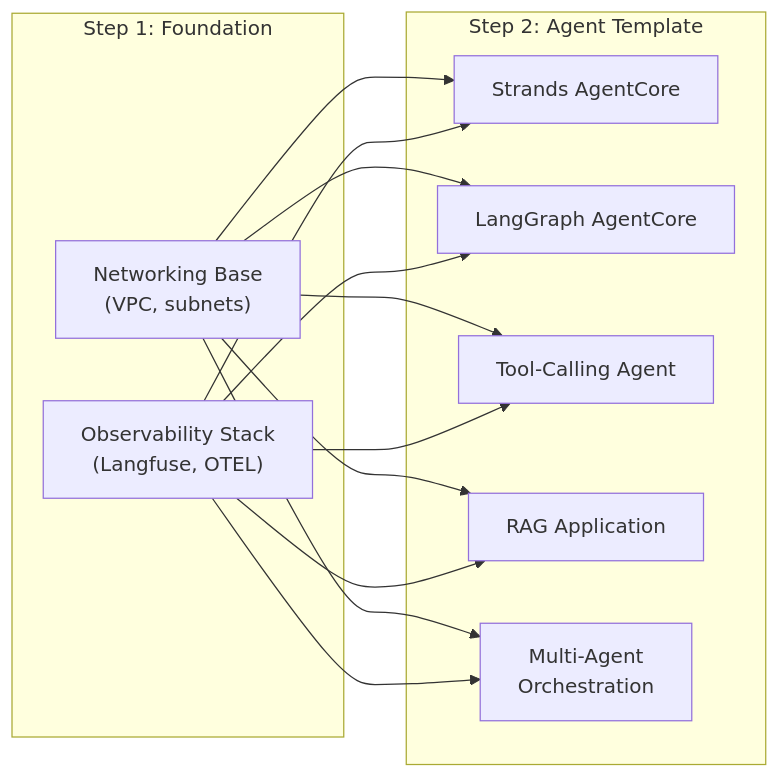
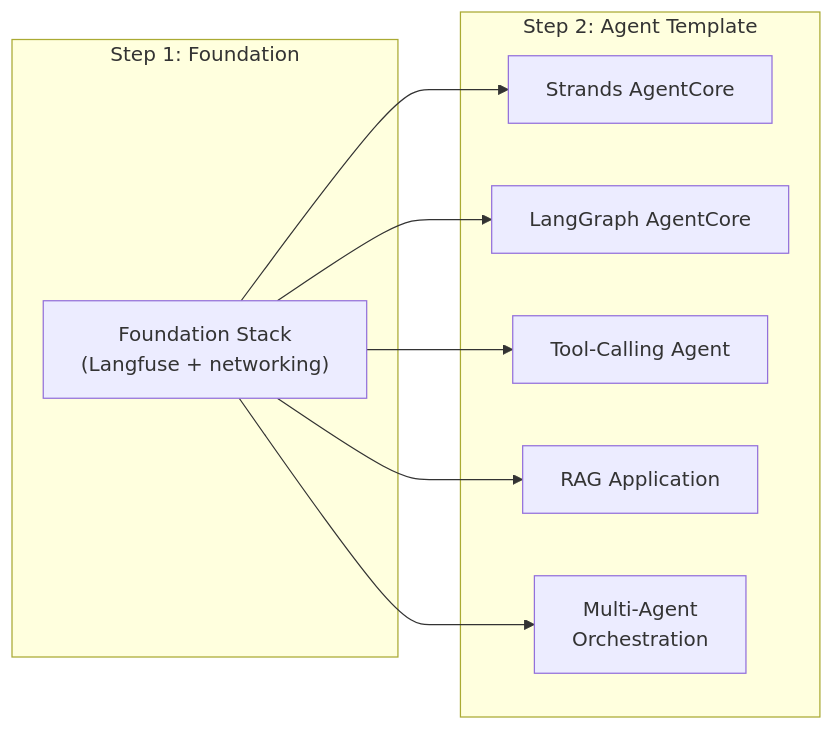
The diagram in platform/docs/templates/README.md (cevoaustralia/sample-agentic-value-accelerator), drawn with Mermaid before and after one commit. The commit also changed other lines of this file and 12 other files, not shown here.

First line of the commit message:
docs: v2.0 READMEs, architecture docs, and project-wide gitignore

````diff
--- a/platform/docs/templates/README.md
+++ b/platform/docs/templates/README.md
@@ -49,26 +45,20 @@
 ```mermaid
 flowchart LR
-    subgraph Foundations["Step 1: Foundation"]
-        Net["Networking Base<br/>(VPC, subnets)"]
-        Obs["Observability Stack<br/>(Langfuse, OTEL)"]
+    subgraph Foundation["Step 1: Foundation"]
+        FS["Foundation Stack<br/>(Langfuse + networking)"]
     end
 
     subgraph Agents["Step 2: Agent Template"]
         Strands["Strands AgentCore"]
         LG["LangGraph AgentCore"]
         Tool["Tool-Calling Agent"]
         RAG["RAG Application"]
         Multi["Multi-Agent<br/>Orchestration"]
     end
 
-    Net --> Strands
-    Net --> LG
-    Net --> Tool
-    Net --> RAG
-    Net --> Multi
-    Obs --> Strands
-    Obs --> LG
-    Obs --> Tool
-    Obs --> RAG
-    Obs --> Multi
+    FS --> Strands
+    FS --> LG
+    FS --> Tool
+    FS --> RAG
+    FS --> Multi
 ```
````
